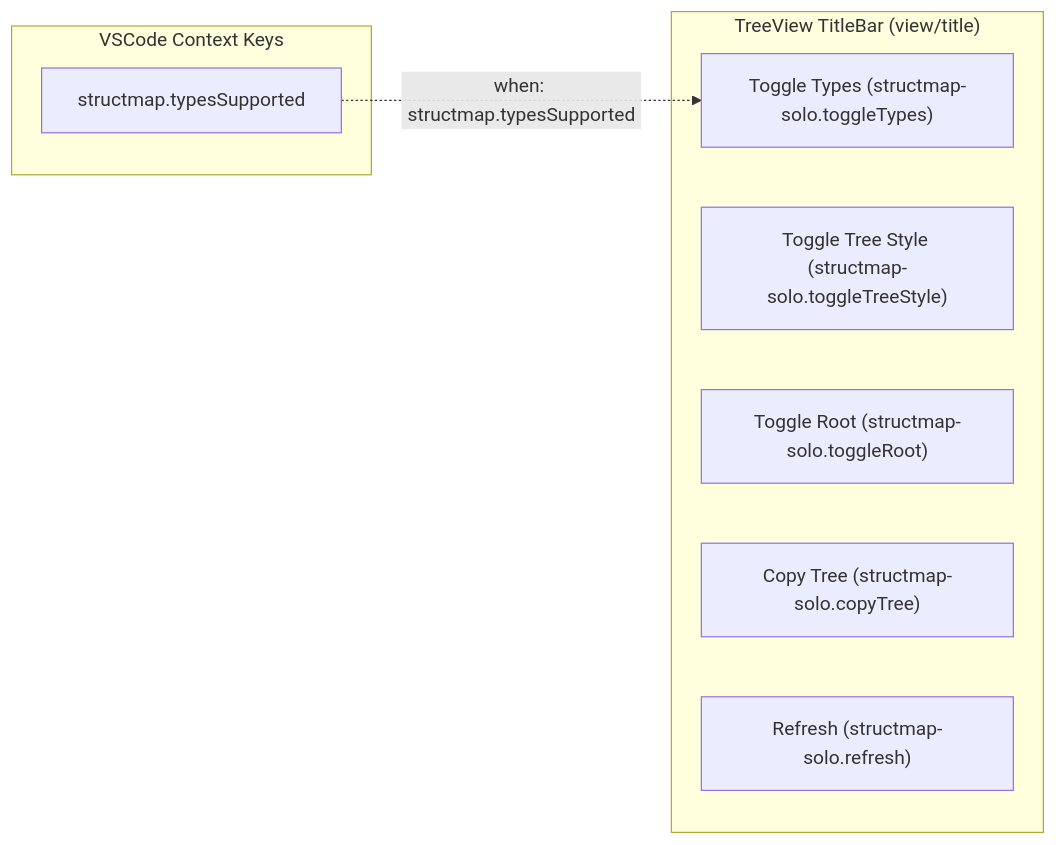
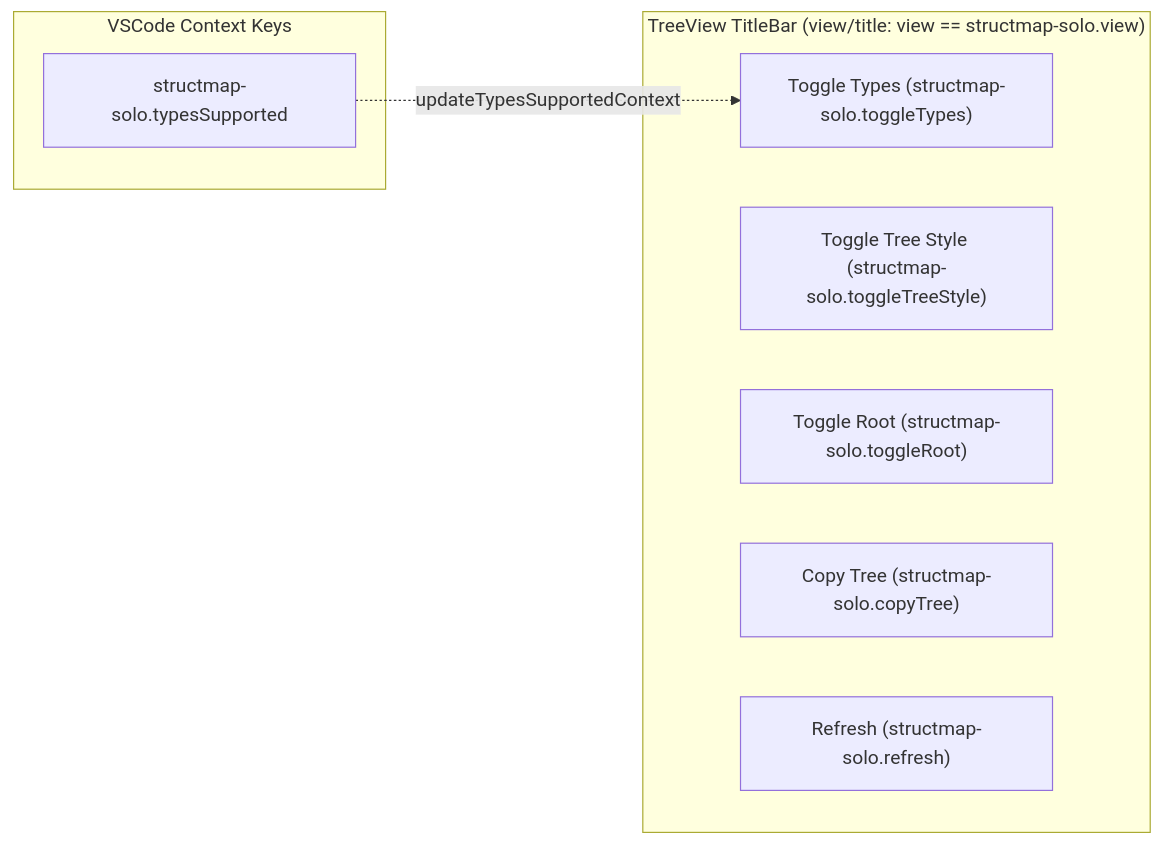
Before and after one commit to masanori-satake/StructMap-Solo: the second of 3 diagrams in docs/VIEWSTATE_AND_CONFIG.md, drawn with Mermaid. The commit also changed other lines of this file and 4 other files, not shown here.

Commit message:
docs: address PR review feedback on developer architecture documentation

````diff
--- a/docs/VIEWSTATE_AND_CONFIG.md
+++ b/docs/VIEWSTATE_AND_CONFIG.md
@@ -69,16 +70,16 @@
 ```mermaid
 graph LR
-    subgraph TitleBar ["TreeView TitleBar (view/title)"]
+    subgraph TitleBar ["TreeView TitleBar (view/title: view == structmap-solo.view)"]
         BtnTypes["Toggle Types (structmap-solo.toggleTypes)"]
         BtnStyle["Toggle Tree Style (structmap-solo.toggleTreeStyle)"]
         BtnRoot["Toggle Root (structmap-solo.toggleRoot)"]
         BtnCopy["Copy Tree (structmap-solo.copyTree)"]
         BtnRefresh["Refresh (structmap-solo.refresh)"]
     end
 
     subgraph ContextKeys ["VSCode Context Keys"]
-        CKTypes["structmap.typesSupported"]
+        CKTypes["structmap-solo.typesSupported"]
     end
 
-    CKTypes -.->|when: structmap.typesSupported| BtnTypes
+    CKTypes -.->|updateTypesSupportedContext| BtnTypes
 ```
````
